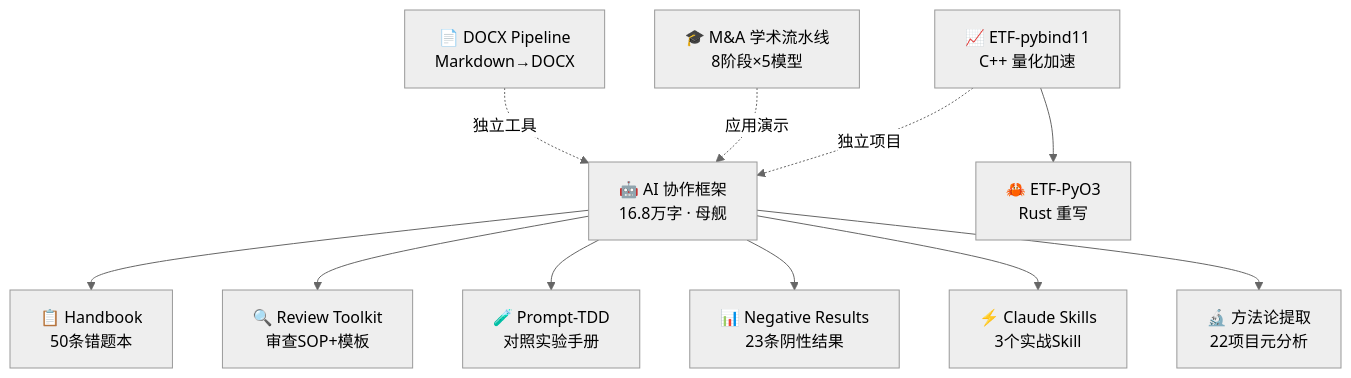
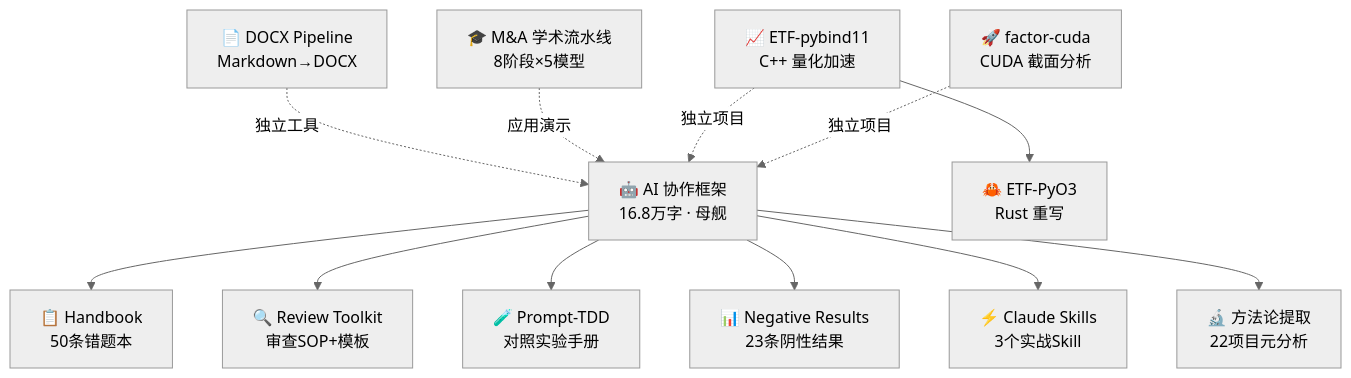
One commit to redamancy231-create/redamancy231-create changed the diagram in README.md. Above: the diagram before and after it, drawn with Mermaid (neutral theme). The commit also changed 2 other files, not shown here.

Commit message:
docs: mermaid 图加 factor-cuda 节点（三语量化工程独立项目）

````diff
--- a/README.md
+++ b/README.md
@@ -49,14 +49,15 @@
 ```mermaid
 graph TB
     F["🤖 AI 协作框架<br/>16.8万字 · 母舰"]
     F --> H["📋 Handbook<br/>50条错题本"]
     F --> R["🔍 Review Toolkit<br/>审查SOP+模板"]
     F --> P["🧪 Prompt-TDD<br/>对照实验手册"]
     F --> N["📊 Negative Results<br/>23条阴性结果"]
     F --> S["⚡ Claude Skills<br/>3个实战Skill"]
     F --> M["🔬 方法论提取<br/>22项目元分析"]
     D["📄 DOCX Pipeline<br/>Markdown→DOCX"] -.->|独立工具| F
     A["🎓 M&A 学术流水线<br/>8阶段×5模型"] -.->|应用演示| F
     Q["📈 ETF-pybind11<br/>C++ 量化加速"] -.->|独立项目| F
     Q --> E["🦀 ETF-PyO3<br/>Rust 重写"]
+    C["🚀 factor-cuda<br/>CUDA 截面分析"] -.->|独立项目| F
 ```
````
